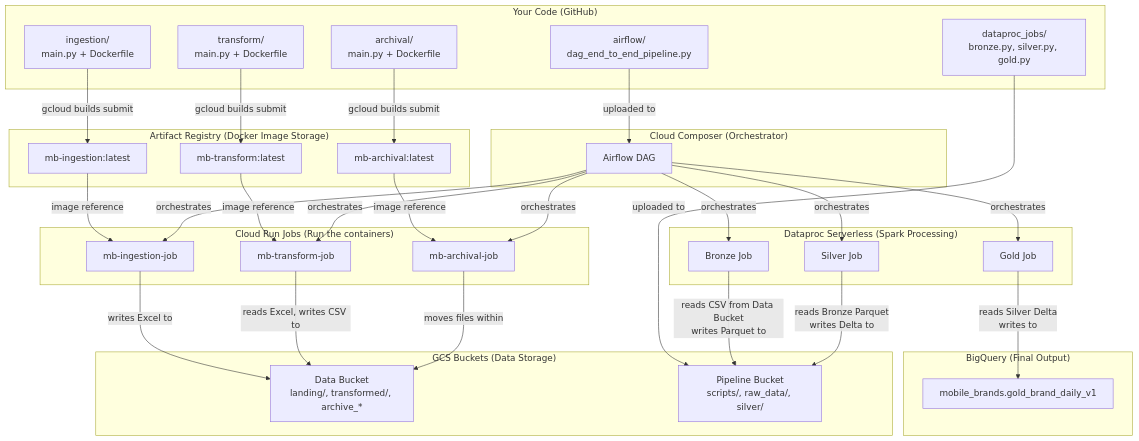
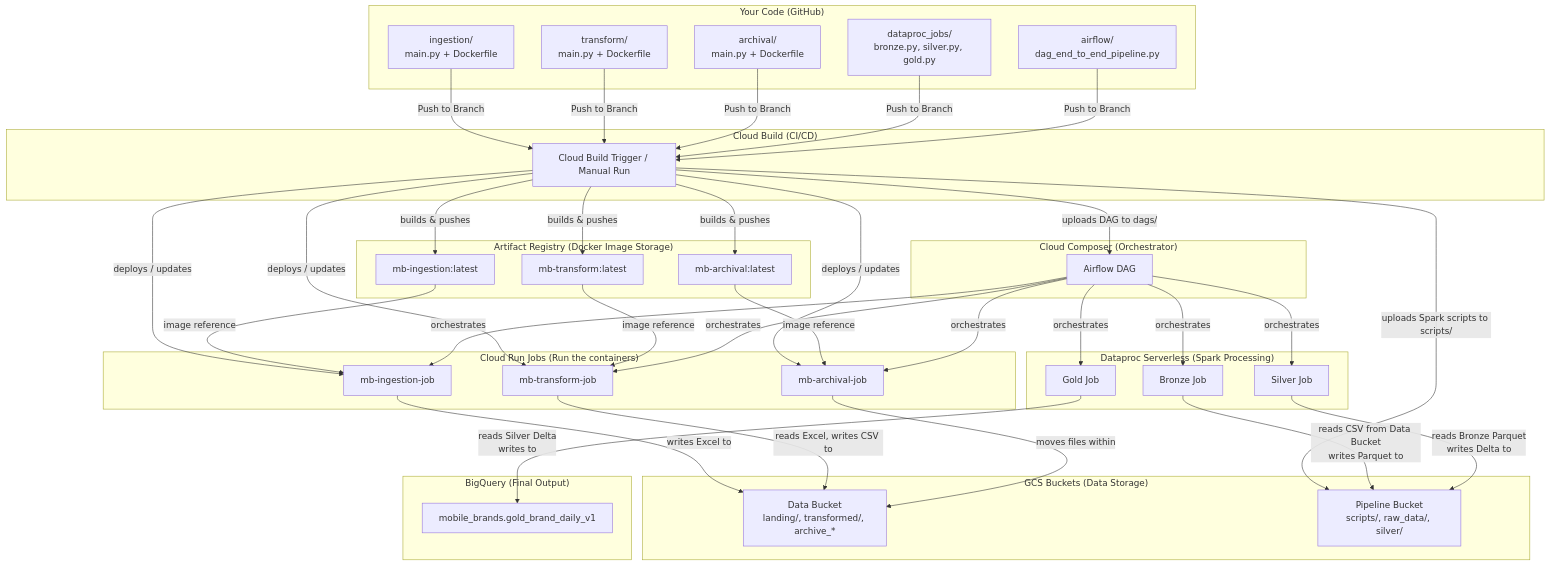
The diagram in PD-DEPLOYMENT.md (Daya484/global-mobile-brands), drawn with Mermaid before and after one commit. The commit also changed other lines of this file, not shown here.

Commit message:
docs: integrate Cloud Build into the Big Picture diagram and note in PD-DEPLOYMENT.md

````diff
--- a/PD-DEPLOYMENT.md
+++ b/PD-DEPLOYMENT.md
@@ -43,67 +43,81 @@
 ```mermaid
 graph TD
     subgraph "Your Code (GitHub)"
         A["ingestion/<br>main.py + Dockerfile"]
         B["transform/<br>main.py + Dockerfile"]
         C["archival/<br>main.py + Dockerfile"]
         D["dataproc_jobs/<br>bronze.py, silver.py, gold.py"]
         E["airflow/<br>dag_end_to_end_pipeline.py"]
+    end
+
+    subgraph "Cloud Build (CI/CD)"
+        CB["Cloud Build Trigger / Manual Run"]
     end
 
     subgraph "Artifact Registry (Docker Image Storage)"
         G["mb-ingestion:latest"]
         H["mb-transform:latest"]
         I["mb-archival:latest"]
     end
 
     subgraph "Cloud Run Jobs (Run the containers)"
         J["mb-ingestion-job"]
         K["mb-transform-job"]
         L["mb-archival-job"]
     end
 
     subgraph "GCS Buckets (Data Storage)"
         M["Data Bucket<br>landing/, transformed/, archive_*"]
         N["Pipeline Bucket<br>scripts/, raw_data/, silver/"]
     end
 
     subgraph "Dataproc Serverless (Spark Processing)"
         O["Bronze Job"]
         P["Silver Job"]
         Q["Gold Job"]
     end
 
     subgraph "BigQuery (Final Output)"
         R["mobile_brands.gold_brand_daily_v1"]
     end
 
     subgraph "Cloud Composer (Orchestrator)"
         S["Airflow DAG"]
     end
 
-    A -->|"gcloud builds submit"| G
-    B -->|"gcloud builds submit"| H
-    C -->|"gcloud builds submit"| I
+    %% GitHub / Code triggers Cloud Build
+    A & B & C & D & E -->|"Push to Branch"| CB
+
+    %% Cloud Build compiles and pushes images to Artifact Registry
+    CB -->|"builds & pushes"| G
+    CB -->|"builds & pushes"| H
+    CB -->|"builds & pushes"| I
+
+    %% Cloud Build deploys/updates Cloud Run Jobs
+    CB -->|"deploys / updates"| J
+    CB -->|"deploys / updates"| K
+    CB -->|"deploys / updates"| L
+
+    %% Cloud Build uploads scripts & DAGs to GCS
+    CB -->|"uploads Spark scripts to scripts/"| N
+    CB -->|"uploads DAG to dags/"| S
 
     G -->|"image reference"| J
     H -->|"image reference"| K
     I -->|"image reference"| L
-
-    D -->|"uploaded to"| N
-    E -->|"uploaded to"| S
 
     J -->|"writes Excel to"| M
     K -->|"reads Excel, writes CSV to"| M
     L -->|"moves files within"| M
 
     O -->|"reads CSV from Data Bucket<br>writes Parquet to"| N
     P -->|"reads Bronze Parquet<br>writes Delta to"| N
     Q -->|"reads Silver Delta<br>writes to"| R
 
     S -->|"orchestrates"| J
     S -->|"orchestrates"| K
     S -->|"orchestrates"| O
     S -->|"orchestrates"| P
     S -->|"orchestrates"| Q
     S -->|"orchestrates"| L
 ```
````
